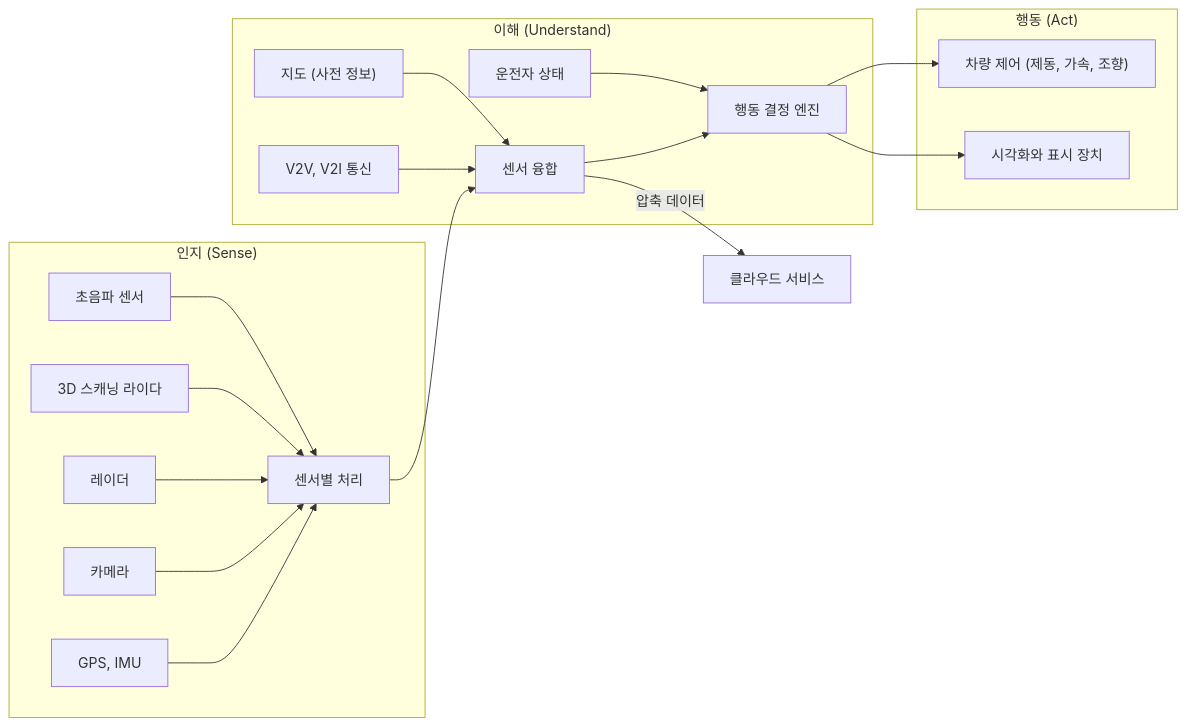
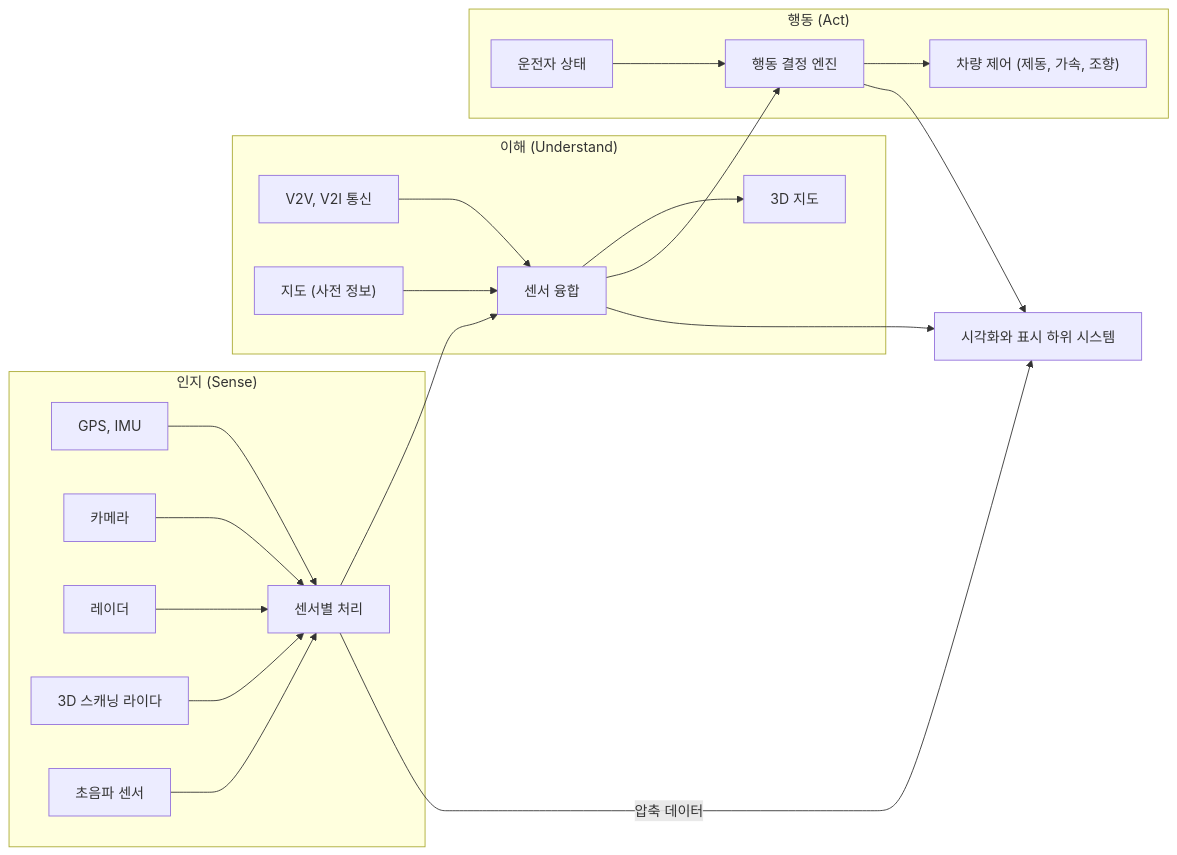
The sixth of 6 diagrams in Lecture-Notes/Week14_C-V2X-CALM-and-Regulations/Concepts_Lecture.ko.md (Choroning/25Spring_Networking-and-Communication-Systems), drawn with Mermaid before and after one commit. The commit also changed other lines of this file and 55 other files, not shown here.

````diff
--- a/Lecture-Notes/Week14_C-V2X-CALM-and-Regulations/Concepts_Lecture.ko.md
+++ b/Lecture-Notes/Week14_C-V2X-CALM-and-Regulations/Concepts_Lecture.ko.md
@@ -1320,35 +1320,38 @@
 ```mermaid
 flowchart LR
     subgraph SENSE["인지 (Sense)"]
         S1["GPS, IMU"]
         S2["카메라"]
         S3["레이더"]
         S4["3D 스캐닝 라이다"]
         S5["초음파 센서"]
         SP["센서별 처리"]
     end
     subgraph UND["이해 (Understand)"]
-        FUS["센서 융합"]
         V2X["V2V, V2I 통신"]
         MAP["지도 (사전 정보)"]
+        FUS["센서 융합"]
+        M3D["3D 지도"]
+    end
+    subgraph ACT["행동 (Act)"]
         DS["운전자 상태"]
         AE["행동 결정 엔진"]
+        VC["차량 제어 (제동, 가속, 조향)"]
     end
-    subgraph ACT["행동 (Act)"]
-        VC["차량 제어 (제동, 가속, 조향)"]
-        VIS["시각화와 표시 장치"]
-    end
+    VIS["시각화와 표시 하위 시스템"]
     S1 --> SP
     S2 --> SP
     S3 --> SP
     S4 --> SP
     S5 --> SP
     SP --> FUS
     V2X --> FUS
     MAP --> FUS
+    FUS --> M3D
     FUS --> AE
     DS --> AE
     AE --> VC
+    FUS --> VIS
     AE --> VIS
-    FUS -->|"압축 데이터"| CLOUD["클라우드 서비스"]
+    SP -->|"압축 데이터"| VIS
 ```
````
